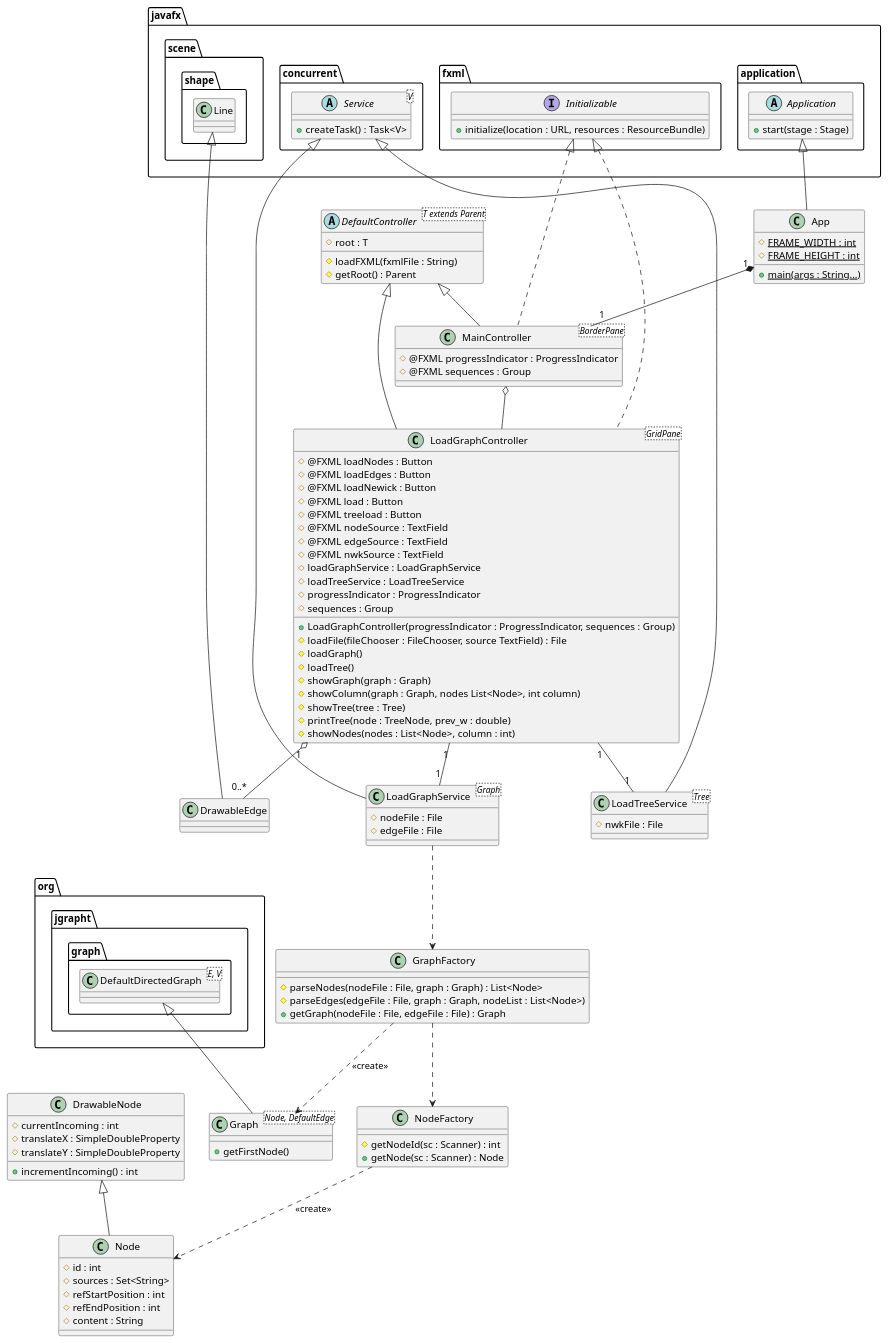
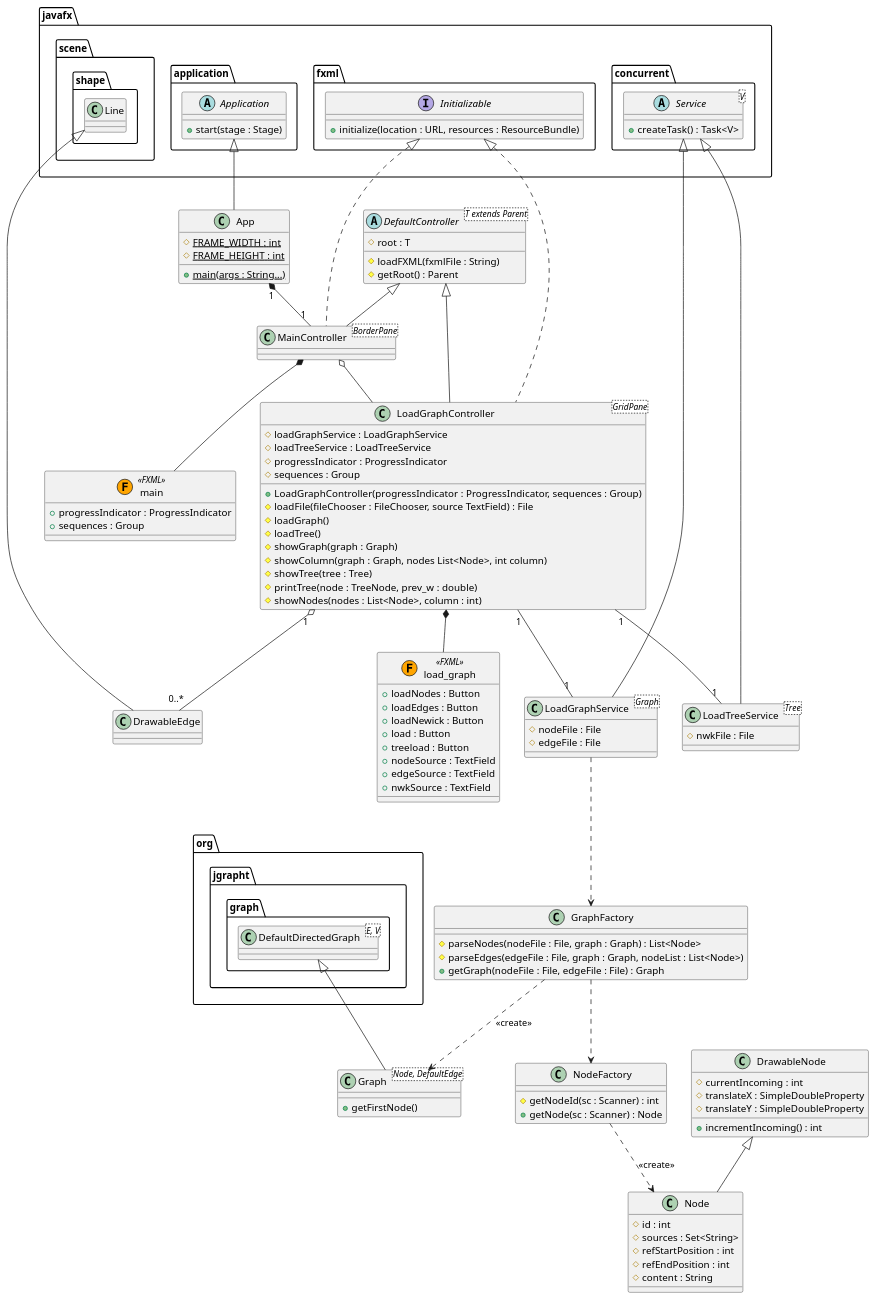
Before and after one commit to ProgrammingLife2015/geex: the diagram in diagrams/ProgrammingLife.puml, drawn with PlantUML.

Commit message:
Seperated FXML in diagram

```diff
--- a/diagrams/ProgrammingLife.puml
+++ b/diagrams/ProgrammingLife.puml
@@ -1,112 +1,124 @@
 @startuml
 class App extends javafx.application.Application {
     {static} # FRAME_WIDTH : int
     {static} # FRAME_HEIGHT : int
 
     {static} +main(args : String...)
 }
 
 class DrawableEdge extends javafx.scene.shape.Line
 class DrawableNode {
     # currentIncoming : int
     # translateX : SimpleDoubleProperty
     # translateY : SimpleDoubleProperty
 
     +incrementIncoming() : int
 }
 
 abstract class DefaultController<T extends Parent> {
     # root : T
     #loadFXML(fxmlFile : String)
     #getRoot() : Parent
 }
 
 class MainController<BorderPane> extends DefaultController implements javafx.fxml.Initializable {
-    # @FXML progressIndicator : ProgressIndicator
-    # @FXML sequences : Group
 }
 
 class LoadGraphController<GridPane> Extends DefaultController implements javafx.fxml.Initializable {
-    # @FXML loadNodes : Button
-    # @FXML loadEdges : Button
-    # @FXML loadNewick : Button
-    # @FXML load : Button
-    # @FXML treeload : Button
-    # @FXML nodeSource : TextField
-    # @FXML edgeSource : TextField
-    # @FXML nwkSource : TextField
     # loadGraphService : LoadGraphService
     # loadTreeService : LoadTreeService
     # progressIndicator : ProgressIndicator
     # sequences : Group
 
     +LoadGraphController(progressIndicator : ProgressIndicator, sequences : Group)
     #loadFile(fileChooser : FileChooser, source TextField) : File
     #loadGraph()
     #loadTree()
     #showGraph(graph : Graph)
     #showColumn(graph : Graph, nodes List<Node>, int column)
     #showTree(tree : Tree)
     #printTree(node : TreeNode, prev_w : double)
     #showNodes(nodes : List<Node>, column : int)
 }
 
 
 class Node extends DrawableNode {
     # id : int
     # sources : Set<String>
     # refStartPosition : int
     # refEndPosition : int
     # content : String
 }
 class NodeFactory {
     #getNodeId(sc : Scanner) : int
     +getNode(sc : Scanner) : Node
 }
 
 class Graph<Node, DefaultEdge> extends org.jgrapht.graph.DefaultDirectedGraph {
     +getFirstNode()
 }
 class GraphFactory {
     #parseNodes(nodeFile : File, graph : Graph) : List<Node>
     #parseEdges(edgeFile : File, graph : Graph, nodeList : List<Node>)
     +getGraph(nodeFile : File, edgeFile : File) : Graph
 }
 
 class LoadGraphService<Graph> extends javafx.concurrent.Service {
     # nodeFile : File
     # edgeFile : File
 }
 class LoadTreeService<Tree> extends javafx.concurrent.Service {
     # nwkFile : File
 }
 
+'FXML
+class main << (F,orange) FXML >> {
+    + progressIndicator : ProgressIndicator
+    + sequences : Group
+}
+
+class load_graph << (F, orange) FXML >> {
+    + loadNodes : Button
+    + loadEdges : Button
+    + loadNewick : Button
+    + load : Button
+    + treeload : Button
+    + nodeSource : TextField
+    + edgeSource : TextField
+    + nwkSource : TextField
+
+}
+
+'Relations
+LoadGraphController *-- load_graph
+MainController *-- main
+
 GraphFactory ..> Graph : << create >>
 GraphFactory ..> NodeFactory
 
 NodeFactory ..> Node : << create >>
 
 App "1" *-- "1" MainController
 MainController o-- LoadGraphController
 
 LoadGraphController "1" o-- "0..*" DrawableEdge
 LoadGraphController "1" -- "1" LoadGraphService
 LoadGraphController "1" -- "1" LoadTreeService
 
 LoadGraphService ..> GraphFactory
 
 'External classes
 abstract class javafx.concurrent.Service<V> {
     +createTask() : Task<V>
 }
 
 abstract class javafx.application.Application {
     +start(stage : Stage)
 }
 
 class org.jgrapht.graph.DefaultDirectedGraph<E, V>
 
 interface javafx.fxml.Initializable {
     +initialize(location : URL, resources : ResourceBundle)
 }
 @enduml
```
